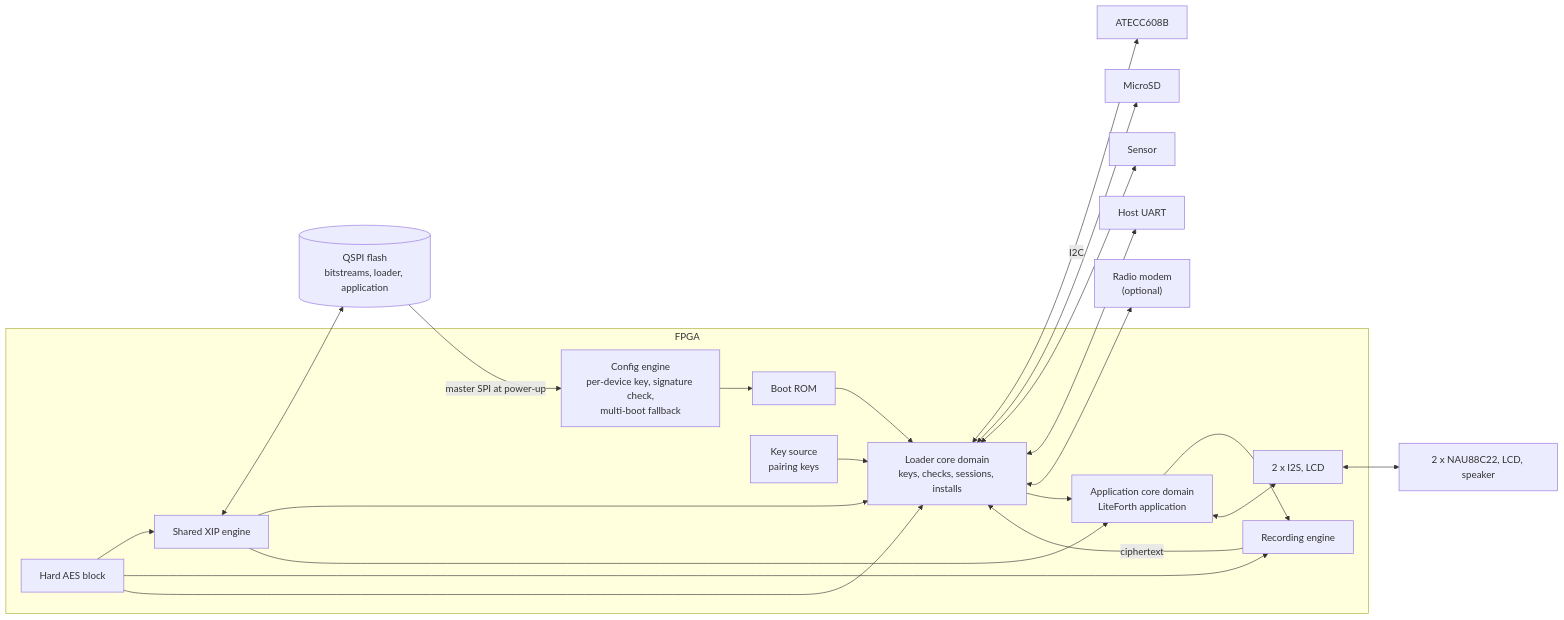
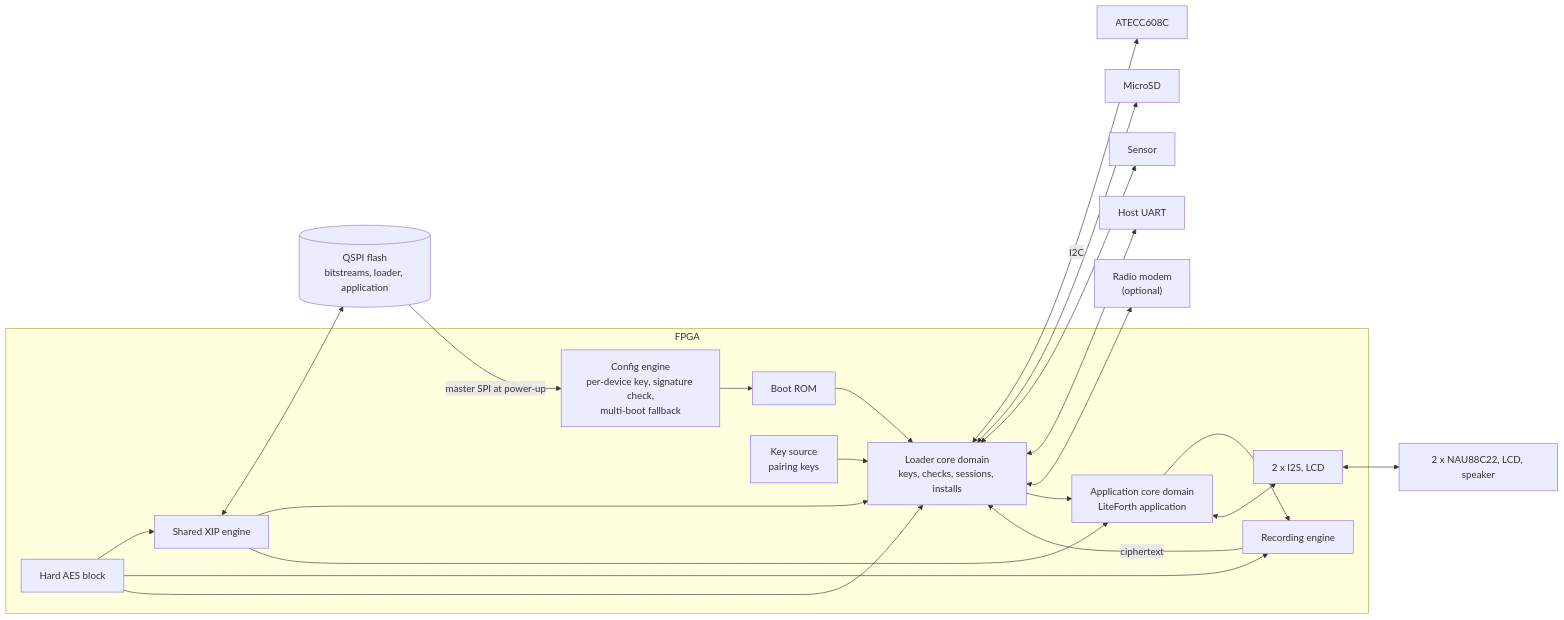
The diagram in doc/fpga.md (bradleyeckert/thriller), drawn with Mermaid before and after one commit. The commit also changed other lines of this file and 6 other files, not shown here.

````diff
--- a/doc/fpga.md
+++ b/doc/fpga.md
@@ -12,33 +12,33 @@
 ```mermaid
 flowchart LR
   subgraph FPGA["FPGA"]
     CFG["Config engine<br/>per-device key, signature check,<br/>multi-boot fallback"]
     ROM["Boot ROM"]
     LDR["Loader core domain<br/>keys, checks, sessions, installs"]
     APP["Application core domain<br/>LiteForth application"]
     AES["Hard AES block"]
     KEYS["Key source<br/>pairing keys"]
     XIP["Shared XIP engine"]
     REC["Recording engine"]
     ACQ["2 x I2S, LCD"]
   end
   FL[("QSPI flash<br/>bitstreams, loader, application")]
-  SE["ATECC608B"]
+  SE["ATECC608C"]
   SD["MicroSD"]
   SNS["Sensor"]
   HOST["Host UART"]
   MDM["Radio modem<br/>(optional)"]
   COD["2 x NAU88C22, LCD, speaker"]
   FL -->|"master SPI at power-up"| CFG
   CFG --> ROM --> LDR
   KEYS --> LDR
   LDR <-->|I2C| SE
   LDR <--> SD & SNS & HOST & MDM
   LDR --> APP
   XIP <--> FL
   XIP --> LDR & APP
   AES --> XIP & REC & LDR
   APP --> REC
   APP <--> ACQ <--> COD
   REC -->|ciphertext| LDR
 ```
````
